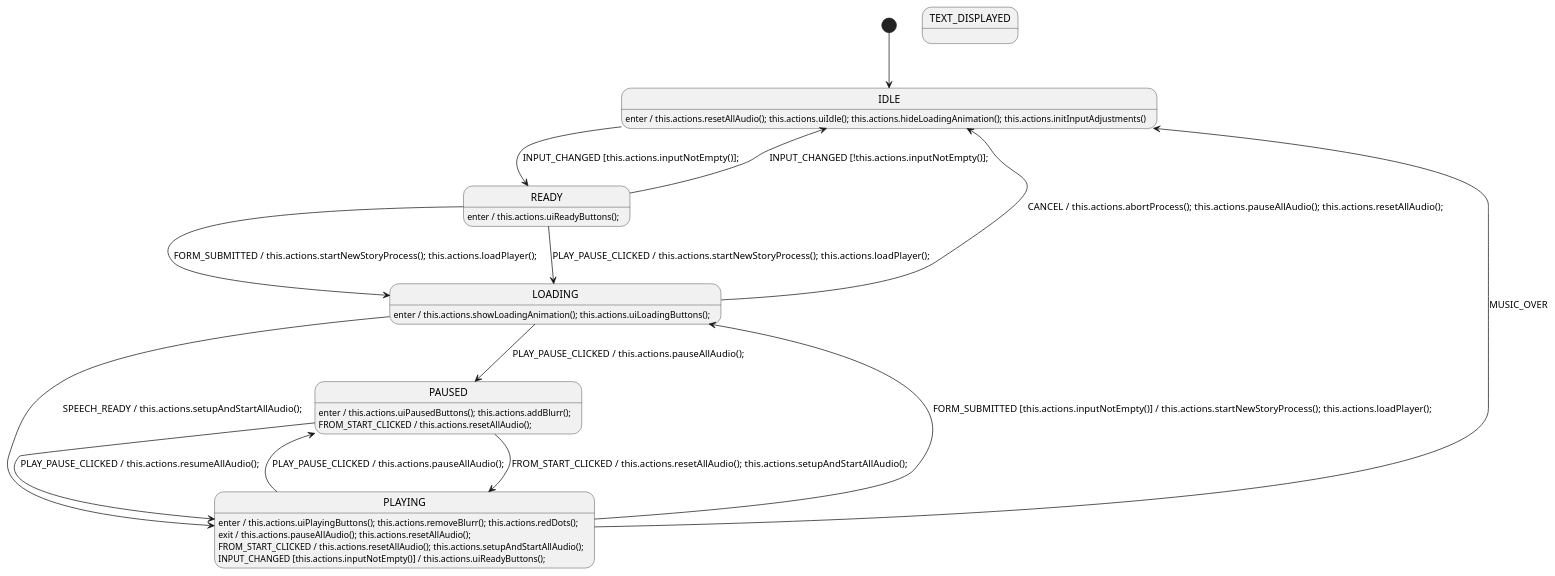
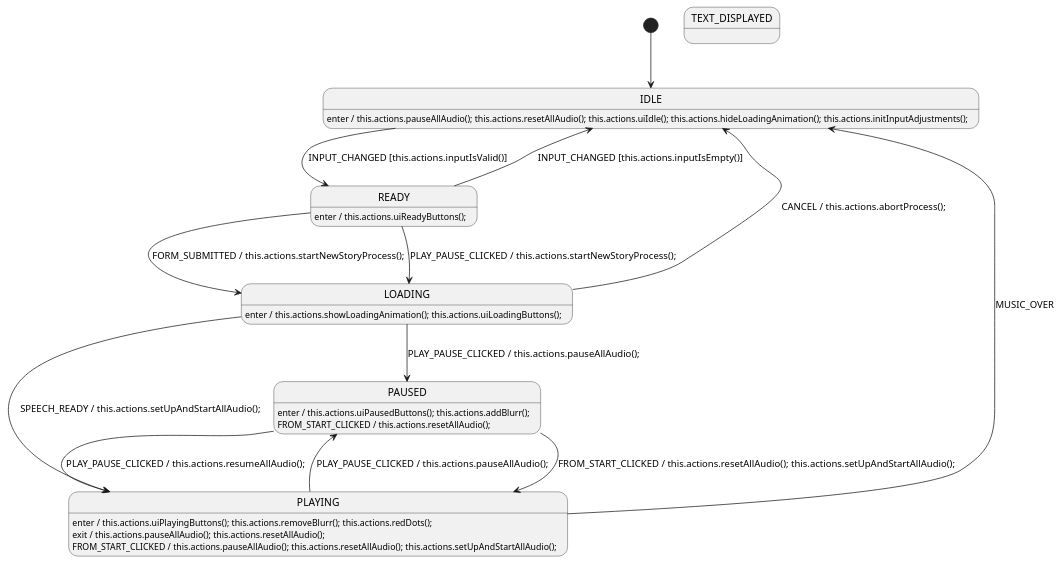
One commit to grannygoestoheaven/teller changed the diagram in static/js/audioSmActions.plantuml. Above: the diagram before and after it, drawn with PlantUML. The commit also changed 24 other files, not shown here.

Commit message:
process ok until playing - pause behavior is to fix next

```diff
--- a/static/js/audioSmActions.plantuml
+++ b/static/js/audioSmActions.plantuml
@@ -1,46 +1,44 @@
 @startuml AudioStateMachine
 
     '############################ States ############################
 
     [*] --> IDLE
 
     state IDLE
     state READY
     state LOADING
     state PLAYING
     state PAUSED
     state TEXT_DISPLAYED
 
     '############################ Handlers ############################
 
-    IDLE: enter / this.actions.resetAllAudio(); this.actions.uiIdle(); this.actions.hideLoadingAnimation(); this.actions.initInputAdjustments()
-    IDLE --> READY : INPUT_CHANGED [this.actions.inputNotEmpty()];
+    IDLE: enter / this.actions.pauseAllAudio(); this.actions.resetAllAudio(); this.actions.uiIdle(); this.actions.hideLoadingAnimation(); this.actions.initInputAdjustments();
+    IDLE --> READY : INPUT_CHANGED [this.actions.inputIsValid()]
 
     READY: enter / this.actions.uiReadyButtons();
-    READY --> LOADING : FORM_SUBMITTED / this.actions.startNewStoryProcess(); this.actions.loadPlayer();
-    READY --> LOADING : PLAY_PAUSE_CLICKED / this.actions.startNewStoryProcess(); this.actions.loadPlayer();
-    READY --> IDLE : INPUT_CHANGED [!this.actions.inputNotEmpty()];
+    READY --> LOADING : FORM_SUBMITTED / this.actions.startNewStoryProcess();
+    READY --> LOADING : PLAY_PAUSE_CLICKED / this.actions.startNewStoryProcess();
+    READY --> IDLE : INPUT_CHANGED [this.actions.inputIsEmpty()]
 
     LOADING: enter / this.actions.showLoadingAnimation(); this.actions.uiLoadingButtons();
-    LOADING --> PLAYING : SPEECH_READY / this.actions.setupAndStartAllAudio();
+    LOADING --> PLAYING : SPEECH_READY / this.actions.setUpAndStartAllAudio();
     LOADING --> PAUSED : PLAY_PAUSE_CLICKED / this.actions.pauseAllAudio();
-    LOADING --> IDLE : CANCEL / this.actions.abortProcess(); this.actions.pauseAllAudio(); this.actions.resetAllAudio();
+    LOADING --> IDLE : CANCEL / this.actions.abortProcess();
 
     PLAYING: enter / this.actions.uiPlayingButtons(); this.actions.removeBlurr(); this.actions.redDots();
     PLAYING: exit / this.actions.pauseAllAudio(); this.actions.resetAllAudio();
     PLAYING --> PAUSED : PLAY_PAUSE_CLICKED / this.actions.pauseAllAudio();
     PLAYING --> IDLE : MUSIC_OVER
-    PLAYING --> LOADING : FORM_SUBMITTED [this.actions.inputNotEmpty()] / this.actions.startNewStoryProcess(); this.actions.loadPlayer();
-    PLAYING : FROM_START_CLICKED / this.actions.resetAllAudio(); this.actions.setupAndStartAllAudio();
-    PLAYING : INPUT_CHANGED [this.actions.inputNotEmpty()] / this.actions.uiReadyButtons();
+    PLAYING : FROM_START_CLICKED / this.actions.pauseAllAudio(); this.actions.resetAllAudio(); this.actions.setUpAndStartAllAudio();
 
     PAUSED: enter / this.actions.uiPausedButtons(); this.actions.addBlurr();
     PAUSED --> PLAYING : PLAY_PAUSE_CLICKED / this.actions.resumeAllAudio();
-    PAUSED --> PLAYING : FROM_START_CLICKED / this.actions.resetAllAudio(); this.actions.setupAndStartAllAudio();
+    PAUSED --> PLAYING : FROM_START_CLICKED / this.actions.resetAllAudio(); this.actions.setUpAndStartAllAudio();
     PAUSED : FROM_START_CLICKED / this.actions.resetAllAudio();
 
 /'! $CONFIG : toml
 SmRunnerSettings.transpilerId = "JavaScript"
 '/
 
 @enduml
```
